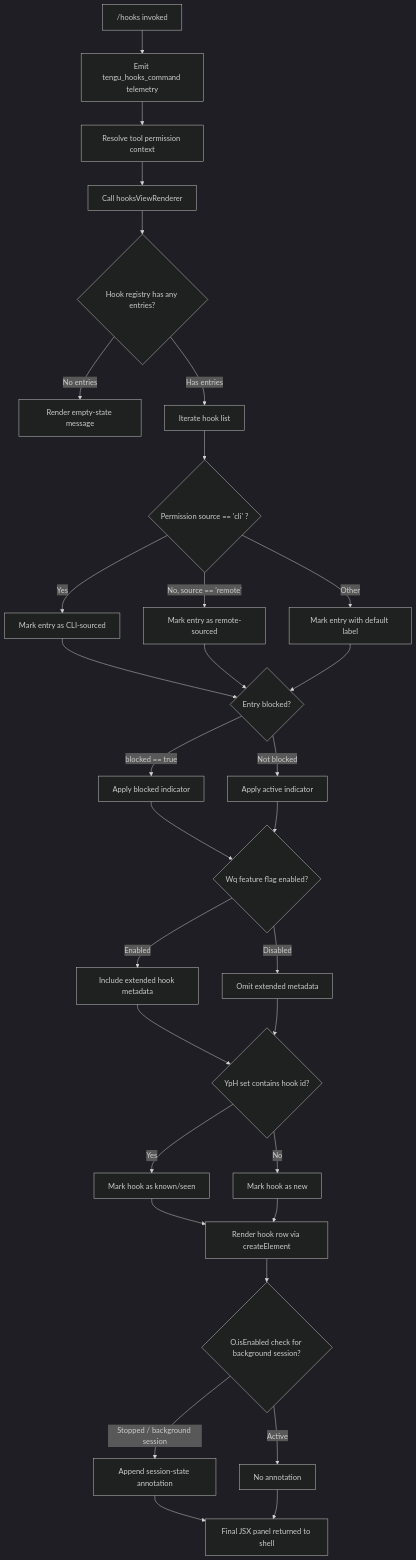
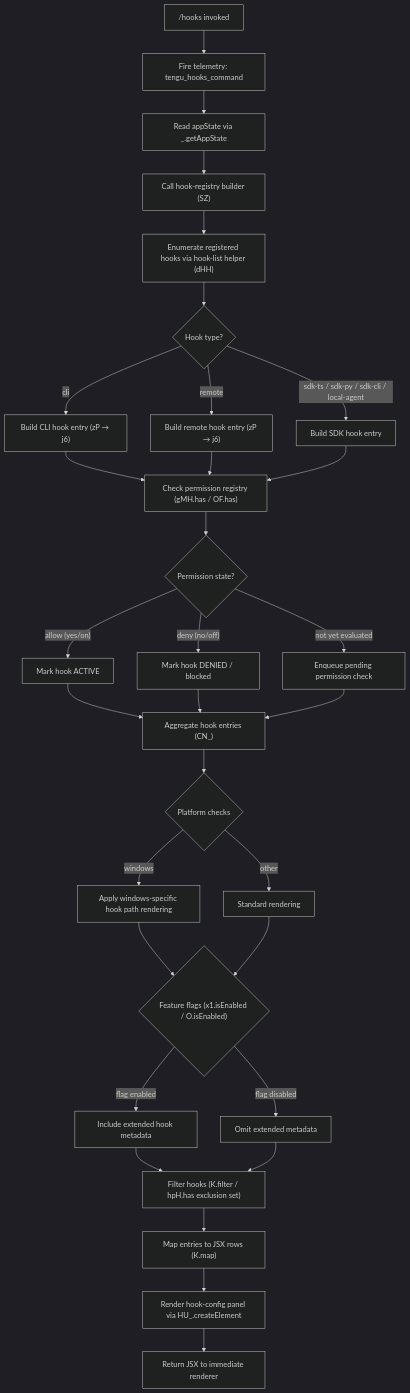
One commit to MyLittleLuckyDog/cc-gnothi changed the diagram in versions/v2.1.143/hooks.md. Above: the diagram before and after it, drawn with Mermaid (dark theme). The commit also changed other lines of this file and 483 other files, not shown here.

````diff
--- a/versions/v2.1.143/hooks.md
+++ b/versions/v2.1.143/hooks.md
@@ -46,27 +56,33 @@
 ```mermaid
 flowchart TD
-    A["/hooks invoked"] --> B[Emit tengu_hooks_command telemetry]
-    B --> C[Resolve tool permission context]
-    C --> D[Call hooksViewRenderer]
-    D --> E{Hook registry has any entries?}
-    E -- No entries --> F[Render empty-state message]
-    E -- Has entries --> G[Iterate hook list]
-    G --> H{Permission source == 'cli' ?}
-    H -- Yes --> I[Mark entry as CLI-sourced]
-    H -- No, source == 'remote' --> J[Mark entry as remote-sourced]
-    H -- Other --> K[Mark entry with default label]
-    I & J & K --> L{Entry blocked?}
-    L -- blocked == true --> M[Apply blocked indicator]
-    L -- Not blocked --> N[Apply active indicator]
-    M & N --> O{Wq feature flag enabled?}
-    O -- Enabled --> P[Include extended hook metadata]
-    O -- Disabled --> Q[Omit extended metadata]
-    P & Q --> R{YpH set contains hook id?}
-    R -- Yes --> S[Mark hook as known/seen]
-    R -- No --> T[Mark hook as new]
-    S & T --> U[Render hook row via createElement]
-    U --> V{O.isEnabled check for background session?}
-    V -- Stopped / background session --> W[Append session-state annotation]
-    V -- Active --> X[No annotation]
-    W & X --> Y[Final JSX panel returned to shell]
+    A["/hooks invoked"] --> B["Fire telemetry: tengu_hooks_command"]
+    B --> C["Read appState via _.getAppState"]
+    C --> D["Call hook-registry builder (SZ)"]
+    D --> E["Enumerate registered hooks via hook-list helper (dHH)"]
+    E --> F{"Hook type?"}
+    F -->|"cli"| G["Build CLI hook entry (zP → j6)"]
+    F -->|"remote"| H["Build remote hook entry (zP → j6)"]
+    F -->|"sdk-ts / sdk-py / sdk-cli / local-agent"| I["Build SDK hook entry"]
+    G --> J["Check permission registry (gMH.has / OF.has)"]
+    H --> J
+    I --> J
+    J --> K{"Permission state?"}
+    K -->|"allow (yes/on)"| L["Mark hook ACTIVE"]
+    K -->|"deny (no/off)"| M["Mark hook DENIED / blocked"]
+    K -->|"not yet evaluated"| N["Enqueue pending permission check"]
+    L --> O["Aggregate hook entries (CN_)"]
+    M --> O
+    N --> O
+    O --> P{"Platform checks"}
+    P -->|"windows"| Q["Apply windows-specific hook path rendering"]
+    P -->|"other"| R["Standard rendering"]
+    Q --> S{"Feature flags (x1.isEnabled / O.isEnabled)"}
+    R --> S
+    S -->|"flag enabled"| T["Include extended hook metadata"]
+    S -->|"flag disabled"| U["Omit extended metadata"]
+    T --> V["Filter hooks (K.filter / hpH.has exclusion set)"]
+    U --> V
+    V --> W["Map entries to JSX rows (K.map)"]
+    W --> X["Render hook-config panel via HU_.createElement"]
+    X --> Y["Return JSX to immediate renderer"]
 ```
````
